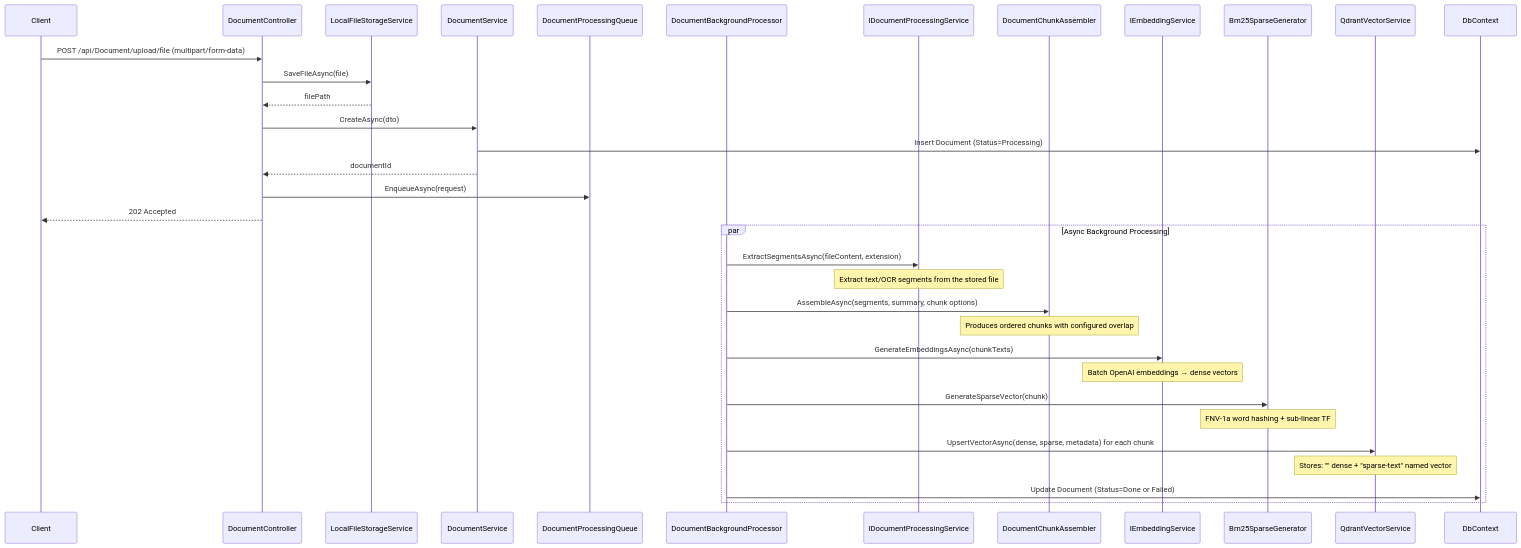
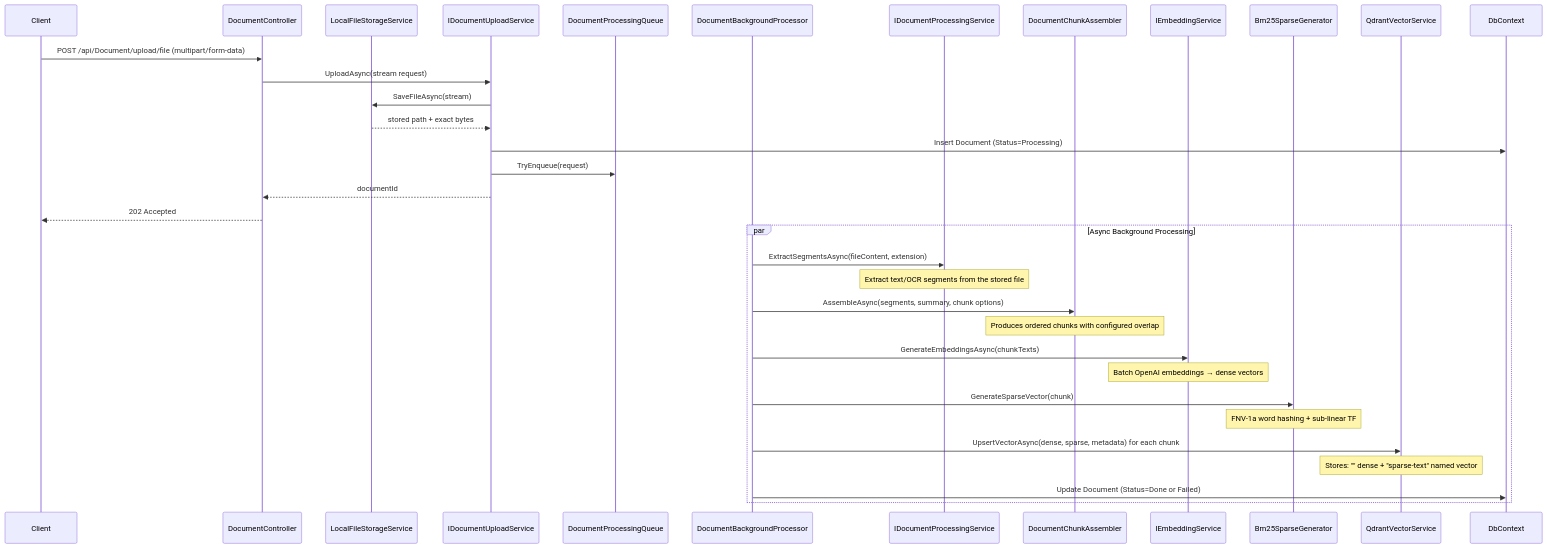
Before and after one commit to SWP391-SU26-SE1923-GROUP5/BE-SWP: the first of 5 diagrams in README.md, drawn with Mermaid. The commit also changed 10 other files, not shown here.

````diff
--- a/README.md
+++ b/README.md
@@ -76,39 +76,39 @@
 ```mermaid
 sequenceDiagram
     participant Client
     participant Ctrl as DocumentController
     participant Storage as LocalFileStorageService
-    participant DocSvc as DocumentService
+    participant UploadSvc as IDocumentUploadService
     participant Queue as DocumentProcessingQueue
     participant Proc as DocumentBackgroundProcessor
     participant Extract as IDocumentProcessingService
     participant Assemble as DocumentChunkAssembler
     participant Embed as IEmbeddingService
     participant Sparse as Bm25SparseGenerator
     participant Qdrant as QdrantVectorService
     participant DB as DbContext
 
     Client->>Ctrl: POST /api/Document/upload/file (multipart/form-data)
-    Ctrl->>Storage: SaveFileAsync(file)
-    Storage-->>Ctrl: filePath
-    Ctrl->>DocSvc: CreateAsync(dto)
-    DocSvc->>DB: Insert Document (Status=Processing)
-    DocSvc-->>Ctrl: documentId
-    Ctrl->>Queue: EnqueueAsync(request)
+    Ctrl->>UploadSvc: UploadAsync(stream request)
+    UploadSvc->>Storage: SaveFileAsync(stream)
+    Storage-->>UploadSvc: stored path + exact bytes
+    UploadSvc->>DB: Insert Document (Status=Processing)
+    UploadSvc->>Queue: TryEnqueue(request)
+    UploadSvc-->>Ctrl: documentId
     Ctrl-->>Client: 202 Accepted
 
     par Async Background Processing
         Proc->>Extract: ExtractSegmentsAsync(fileContent, extension)
         Note over Extract: Extract text/OCR segments from the stored file
         Proc->>Assemble: AssembleAsync(segments, summary, chunk options)
         Note over Assemble: Produces ordered chunks with configured overlap
         Proc->>Embed: GenerateEmbeddingsAsync(chunkTexts)
         Note over Embed: Batch OpenAI embeddings → dense vectors
         Proc->>Sparse: GenerateSparseVector(chunk)
         Note over Sparse: FNV-1a word hashing + sub-linear TF
         Proc->>Qdrant: UpsertVectorAsync(dense, sparse, metadata) for each chunk
         Note over Qdrant: Stores: "" dense + "sparse-text" named vector
 
         Proc->>DB: Update Document (Status=Done or Failed)
     end
 ```
````
